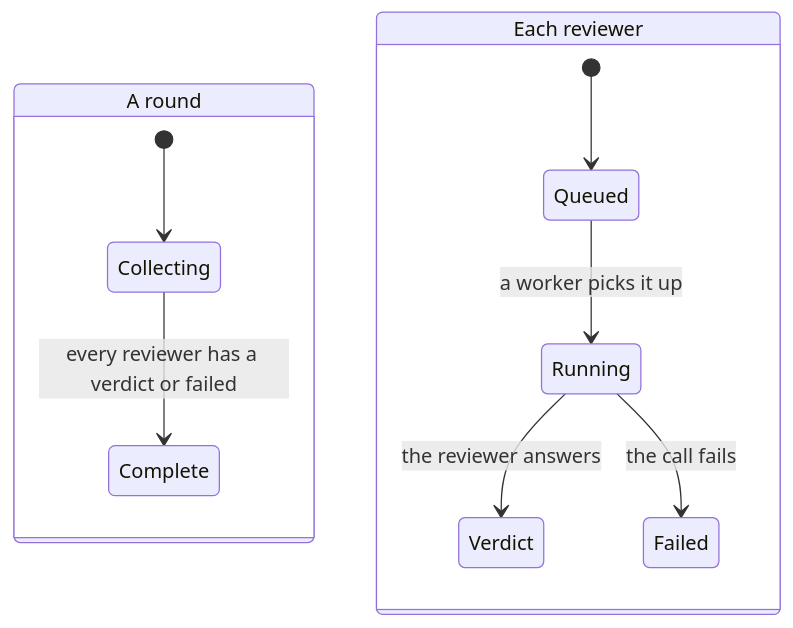
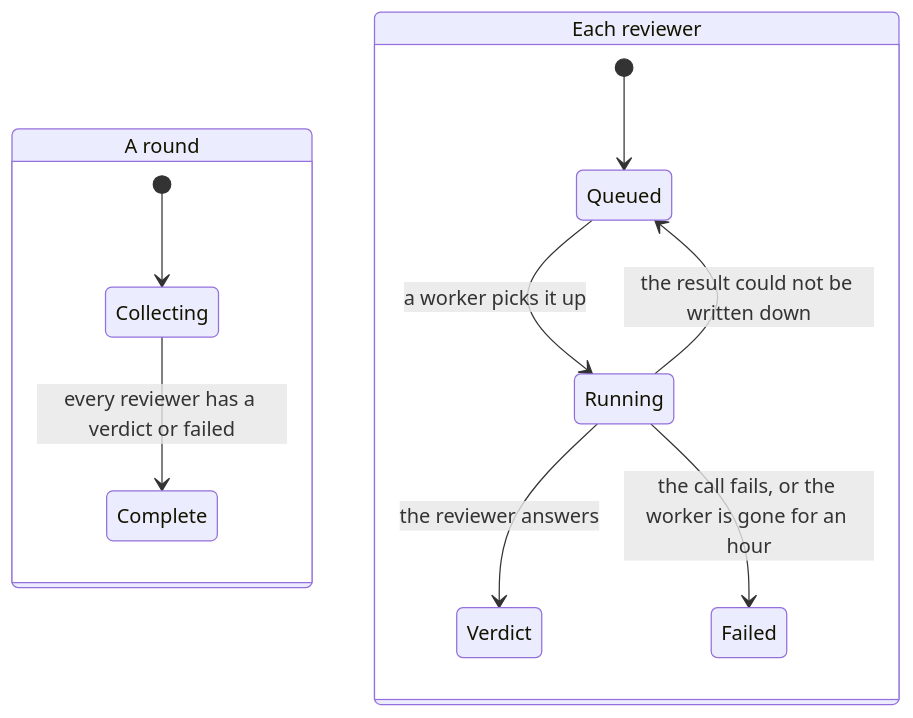
One commit to shinyredapples/intakt changed the fourth of 5 diagrams in docs/guide/symfony-in-intakt.md. Above: the diagram before and after it, drawn with Mermaid. The commit also changed other lines of this file and 35 other files, not shown here.

Commit message:
fix(review): hold a running reviewer for its worker and record each end with its ledger event

````diff
--- a/docs/guide/symfony-in-intakt.md
+++ b/docs/guide/symfony-in-intakt.md
@@ -88,13 +88,14 @@
 ```mermaid
 stateDiagram-v2
   state "A round" as Round {
     [*] --> Collecting
     Collecting --> Complete: every reviewer has a verdict or failed
   }
   state "Each reviewer" as Reviewer {
     [*] --> Queued
     Queued --> Running: a worker picks it up
     Running --> Verdict: the reviewer answers
-    Running --> Failed: the call fails
+    Running --> Failed: the call fails, or the worker is gone for an hour
+    Running --> Queued: the result could not be written down
   }
 ```
````
